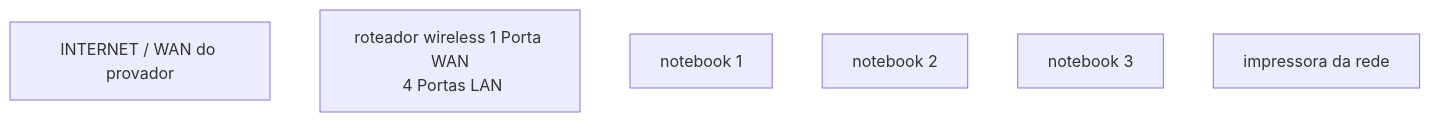
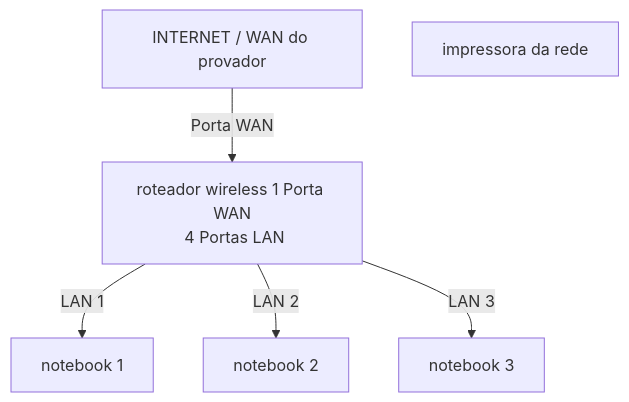
The diagram in README.md (AndyJosmar/lab-redes01), drawn with Mermaid before and after one commit.

````diff
--- a/README.md
+++ b/README.md
@@ -37,14 +37,23 @@
 ```mermaid
 graph TD
 
 WAN[INTERNET / WAN do provador]
 
 Router[roteador wireless<bar> 1 Porta WAN<br> 4 Portas LAN]
 
 PC1[notebook 1]
 PC2[notebook 2]
 PC3[notebook 3]
 
 Printer[impressora da rede]
 
+WAN --> |Porta WAN| Router
+
+Router --> |LAN 1| PC1
+Router --> |LAN 2| PC2
+Router --> |LAN 3| PC3
+
+
+
+
 ```
````
